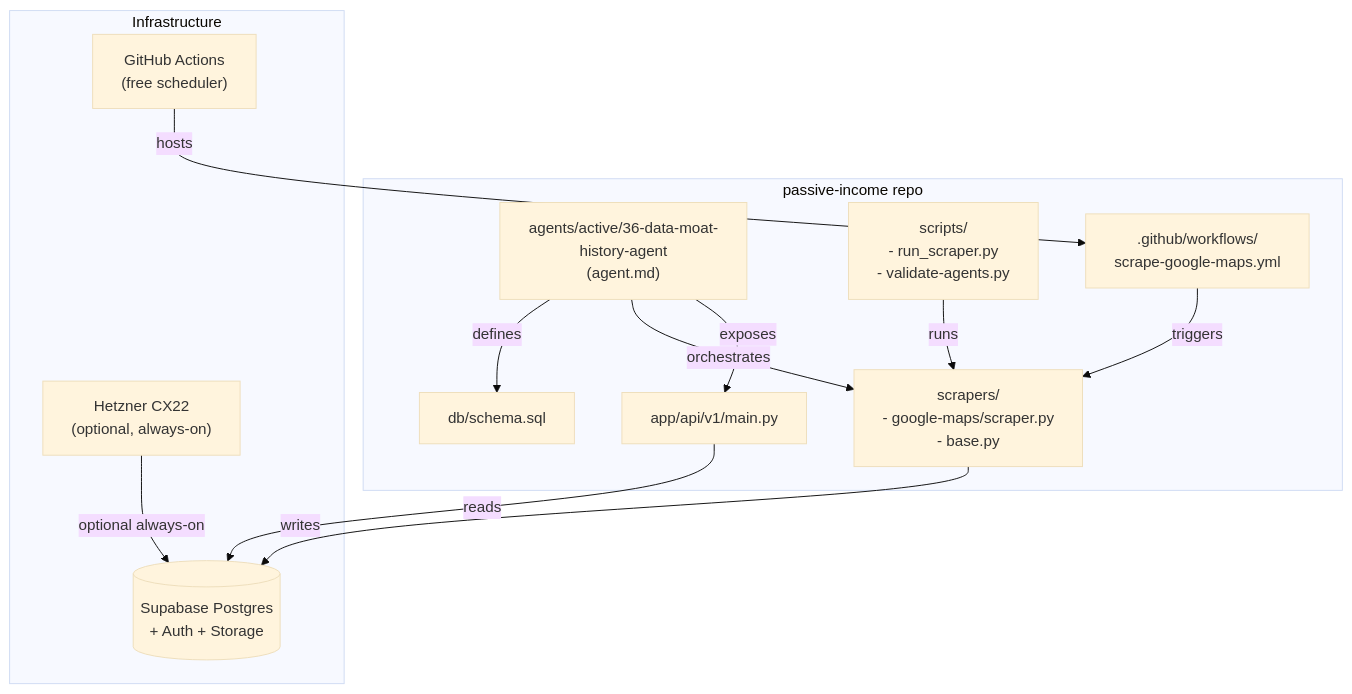
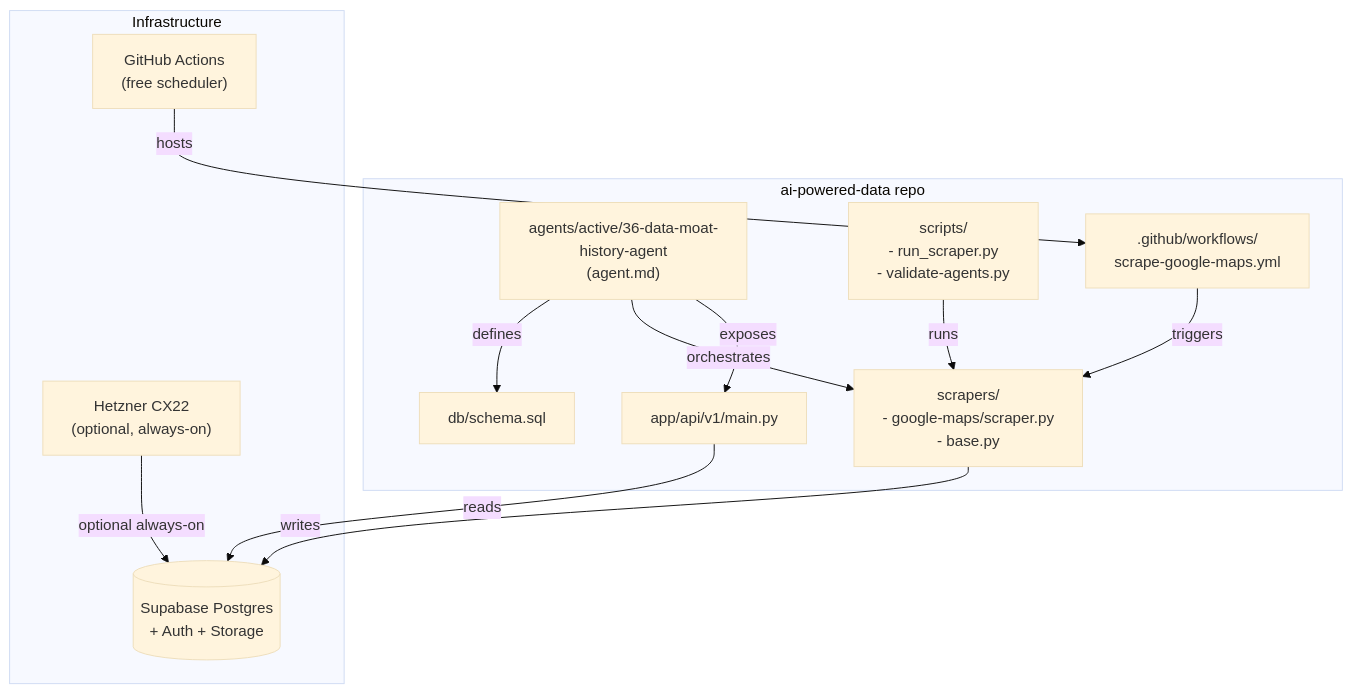
Before and after one commit to KARI-Dev-Community/ai-powered-data: the second of 2 diagrams in SYSTEM-DESIGN.md, drawn with Mermaid (base theme). The commit also changed other lines of this file and 75 other files, not shown here.

````diff
--- a/SYSTEM-DESIGN.md
+++ b/SYSTEM-DESIGN.md
@@ -66,27 +68,27 @@
 ```mermaid
 flowchart TD
-    subgraph Project["passive-income repo"]
+    subgraph Project["ai-powered-data repo"]
         AGENT["agents/active/36-data-moat-history-agent\n(agent.md)"]
         DB_SCHEMA["db/schema.sql"]
         SCRAPERS["scrapers/\n- google-maps/scraper.py\n- base.py"]
         API_CODE["app/api/v1/main.py"]
         SCRIPTS["scripts/\n- run_scraper.py\n- validate-agents.py"]
         GHA_WF[".github/workflows/\nscrape-google-maps.yml"]
     end
 
     subgraph Infra["Infrastructure"]
         SUPABASE[("Supabase Postgres\n+ Auth + Storage")]
         VPS["Hetzner CX22\n(optional, always-on)"]
         GH["GitHub Actions\n(free scheduler)"]
     end
 
     AGENT -->|defines| DB_SCHEMA
     AGENT -->|orchestrates| SCRAPERS
     AGENT -->|exposes| API_CODE
     SCRIPTS -->|runs| SCRAPERS
     GHA_WF -->|triggers| SCRAPERS
     GH -->|hosts| GHA_WF
     SCRAPERS -->|writes| SUPABASE
     API_CODE -->|reads| SUPABASE
     VPS -->|optional always-on| SUPABASE
 ```
````
